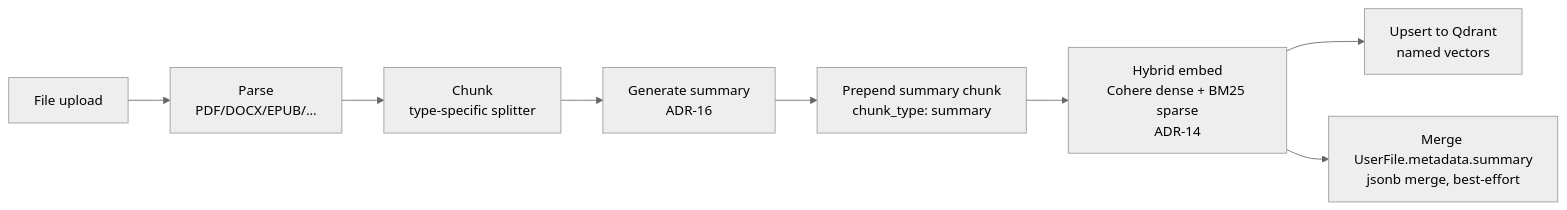
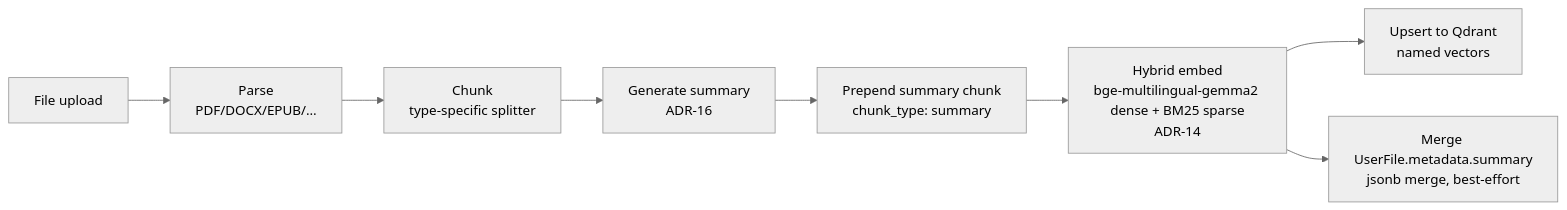
Before and after one commit to webamigos/RagenAI: the first of 3 diagrams in docs/rag-pipeline.md, drawn with Mermaid (neutral theme). The commit also changed other lines of this file and 12 other files, not shown here.

````diff
--- a/docs/rag-pipeline.md
+++ b/docs/rag-pipeline.md
@@ -7,10 +7,10 @@
 ```mermaid
 flowchart LR
     A[File upload] --> B[Parse<br/>PDF/DOCX/EPUB/…]
     B --> C[Chunk<br/>type-specific splitter]
     C --> D[Generate summary<br/>ADR-16]
     D --> E[Prepend summary chunk<br/>chunk_type: summary]
-    E --> F[Hybrid embed<br/>Cohere dense + BM25 sparse<br/>ADR-14]
+    E --> F[Hybrid embed<br/>bge-multilingual-gemma2 dense + BM25 sparse<br/>ADR-14]
     F --> G[Upsert to Qdrant<br/>named vectors]
     F --> H[Merge UserFile.metadata.summary<br/>jsonb merge, best-effort]
 ```
````
